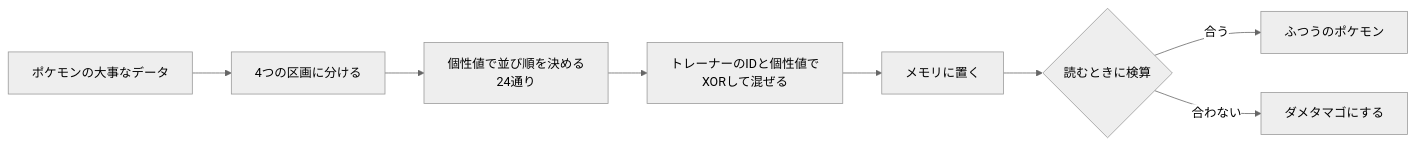
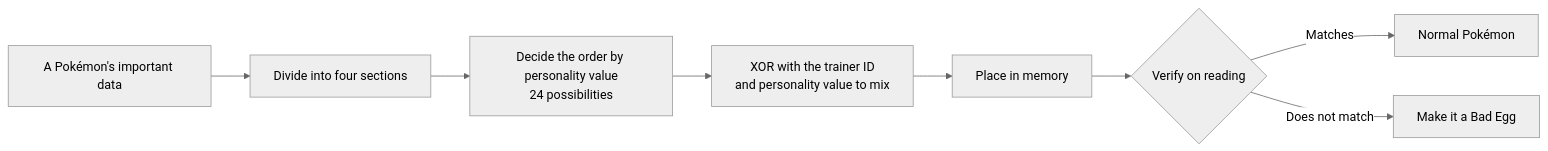
One commit to kiwamizamurai/gaming changed the second of 3 diagrams in articles/21-cheats-and-passthrough.md. Above: the diagram before and after it, drawn with Mermaid (neutral theme). The commit also changed other lines of this file and 46 other files, not shown here.

````diff
--- a/articles/21-cheats-and-passthrough.md
+++ b/articles/21-cheats-and-passthrough.md
@@ -210,10 +197,10 @@
 ```mermaid
 flowchart LR
-    A[ポケモンの大事なデータ] --> B[4つの区画に分ける]
-    B --> C[個性値で並び順を決める<br>24通り]
-    C --> D[トレーナーのIDと個性値で<br>XORして混ぜる]
-    D --> E[メモリに置く]
-    E --> F{読むときに検算}
-    F -->|合う| G[ふつうのポケモン]
-    F -->|合わない| H[ダメタマゴにする]
+    A[A Pokémon's important data] --> B[Divide into four sections]
+    B --> C[Decide the order by personality value<br>24 possibilities]
+    C --> D[XOR with the trainer ID<br>and personality value to mix]
+    D --> E[Place in memory]
+    E --> F{Verify on reading}
+    F -->|Matches| G[Normal Pokémon]
+    F -->|Does not match| H[Make it a Bad Egg]
 ```
````
